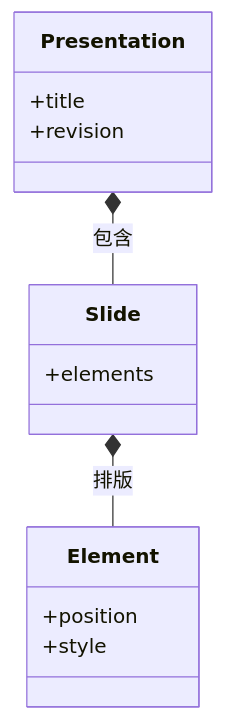
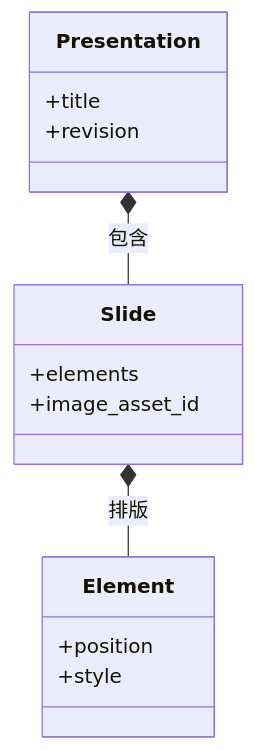
The diagram in web/src/features/thought-workshop/official/content/technical/presentation-workshop.md (EmiyaredA/Future-Props-Lab), drawn with Mermaid before and after one commit. The commit also changed other lines of this file and 130 other files, not shown here.

Commit message:
feat: 演示工坊支持可编辑场景与信息图，并补齐布局、高亮与 PPTX 兼容

````diff
--- a/web/src/features/thought-workshop/official/content/technical/presentation-workshop.md
+++ b/web/src/features/thought-workshop/official/content/technical/presentation-workshop.md
@@ -23,16 +29,17 @@
 ```mermaid
 classDiagram
   class Presentation {
     +title
     +revision
   }
   class Slide {
     +elements
+    +image_asset_id
   }
   class Element {
     +position
     +style
   }
   Presentation *-- Slide : 包含
   Slide *-- Element : 排版
 ```
````
